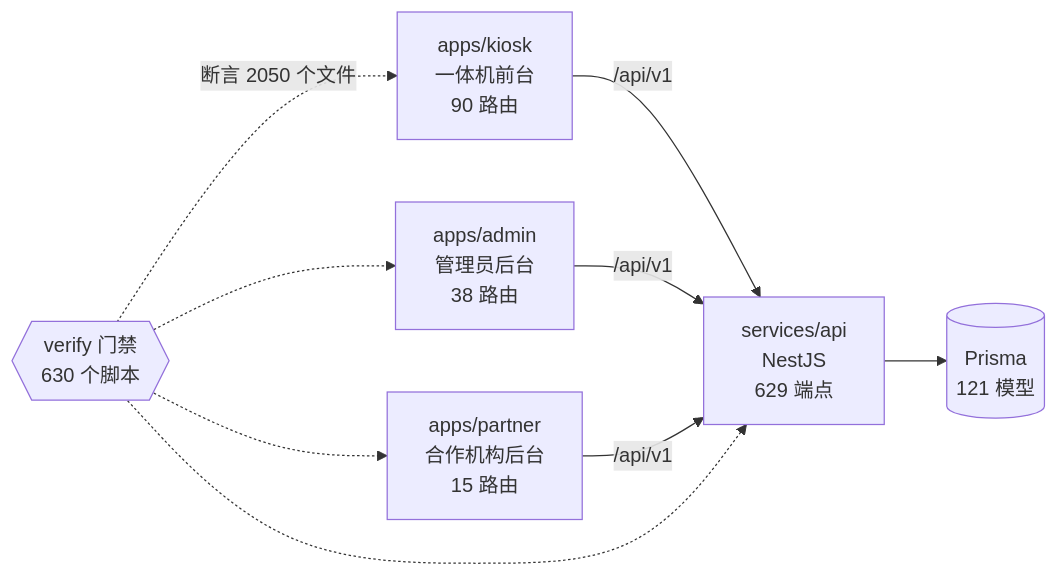
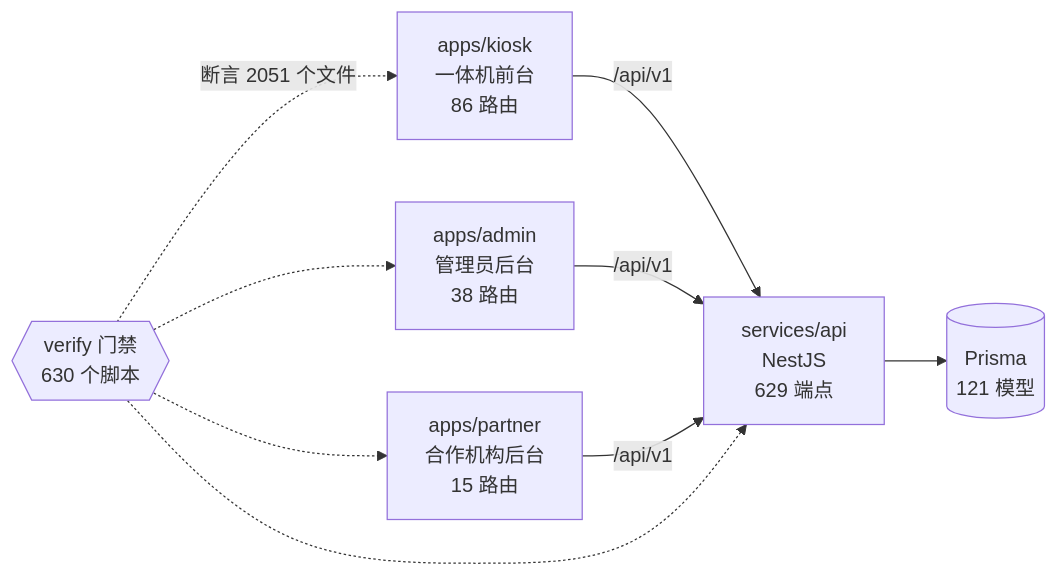
One commit to wanglei581/YITIJI changed the diagram in docs/graph/README.md. Above: the diagram before and after it, drawn with Mermaid. The commit also changed other lines of this file and 79 other files, not shown here.

````diff
--- a/docs/graph/README.md
+++ b/docs/graph/README.md
@@ -68,18 +68,18 @@
 ```mermaid
 flowchart LR
-  kiosk["apps/kiosk<br/>一体机前台<br/>90 路由"]
+  kiosk["apps/kiosk<br/>一体机前台<br/>86 路由"]
   admin["apps/admin<br/>管理员后台<br/>38 路由"]
   partner["apps/partner<br/>合作机构后台<br/>15 路由"]
   api["services/api<br/>NestJS<br/>629 端点"]
   db[("Prisma<br/>121 模型")]
   gates{{"verify 门禁<br/>630 个脚本"}}
 
   kiosk -->|"/api/v1"| api
   admin -->|"/api/v1"| api
   partner -->|"/api/v1"| api
   api --> db
-  gates -.->|"断言 2050 个文件"| kiosk
+  gates -.->|"断言 2051 个文件"| kiosk
   gates -.-> admin
   gates -.-> partner
   gates -.-> api
 ```
````
